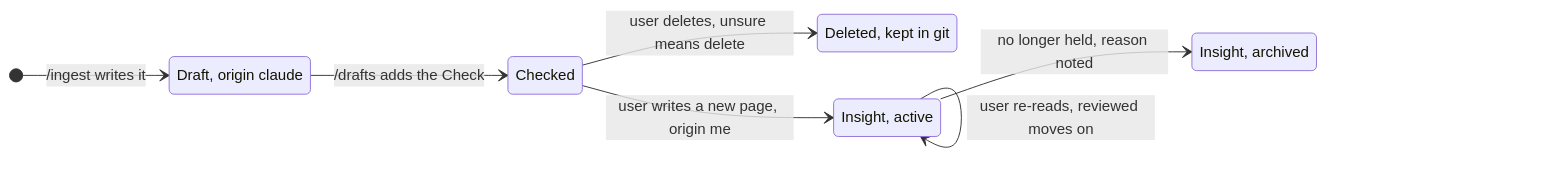
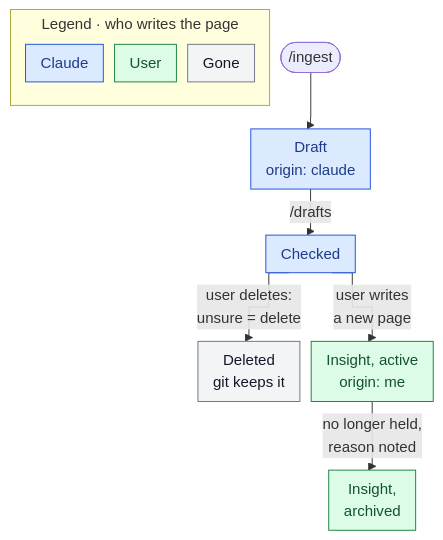
Before and after one commit to quocnguyen13/second-brain: diagram 12 of 16 in mine/projects/thinking-system/23 Product Requirements.md, drawn with Mermaid. The commit also changed other lines of this file and 5 other files, not shown here.

````diff
--- a/mine/projects/thinking-system/23 Product Requirements.md
+++ b/mine/projects/thinking-system/23 Product Requirements.md
@@ -751,15 +815,21 @@
 ```mermaid
-stateDiagram-v2
-    direction LR
-    state "Draft, origin claude" as D
-    state "Checked" as C
-    state "Deleted, kept in git" as X
-    state "Insight, active" as A
-    state "Insight, archived" as R
-    [*] --> D: /ingest writes it
-    D --> C: /drafts adds the Check
-    C --> X: user deletes, unsure means delete
-    C --> A: user writes a new page, origin me
-    A --> A: user re-reads, reviewed moves on
-    A --> R: no longer held, reason noted
+%%{init: {"flowchart": {"curve": "step", "useMaxWidth": true, "nodeSpacing": 12, "rankSpacing": 25, "padding": 8, "subGraphTitleMargin": {"top": 4, "bottom": 8}}}}%%
+flowchart TB
+    subgraph LEG["Legend · who writes the page"]
+        direction TB
+        L1["Claude"]:::cl
+        L2["User"]:::us
+        L3["Gone"]:::gone
+    end
+    A(["/ingest"]) --> D["Draft<br/>origin: claude"]
+    D -->|"/drafts"| K["Checked"]
+    K -->|"user deletes:<br/>unsure = delete"| X["Deleted<br/>git keeps it"]
+    K -->|"user writes<br/>a new page"| I["Insight, active<br/>origin: me"]
+    I -->|"no longer held,<br/>reason noted"| R["Insight,<br/>archived"]
+    classDef cl fill:#dbeafe,stroke:#1d4ed8,color:#1e3a8a
+    classDef us fill:#dcfce7,stroke:#15803d,color:#14532d
+    classDef gone fill:#f3f4f6,stroke:#6b7280,color:#111827
+    class D,K cl
+    class I,R us
+    class X gone
 ```
````
